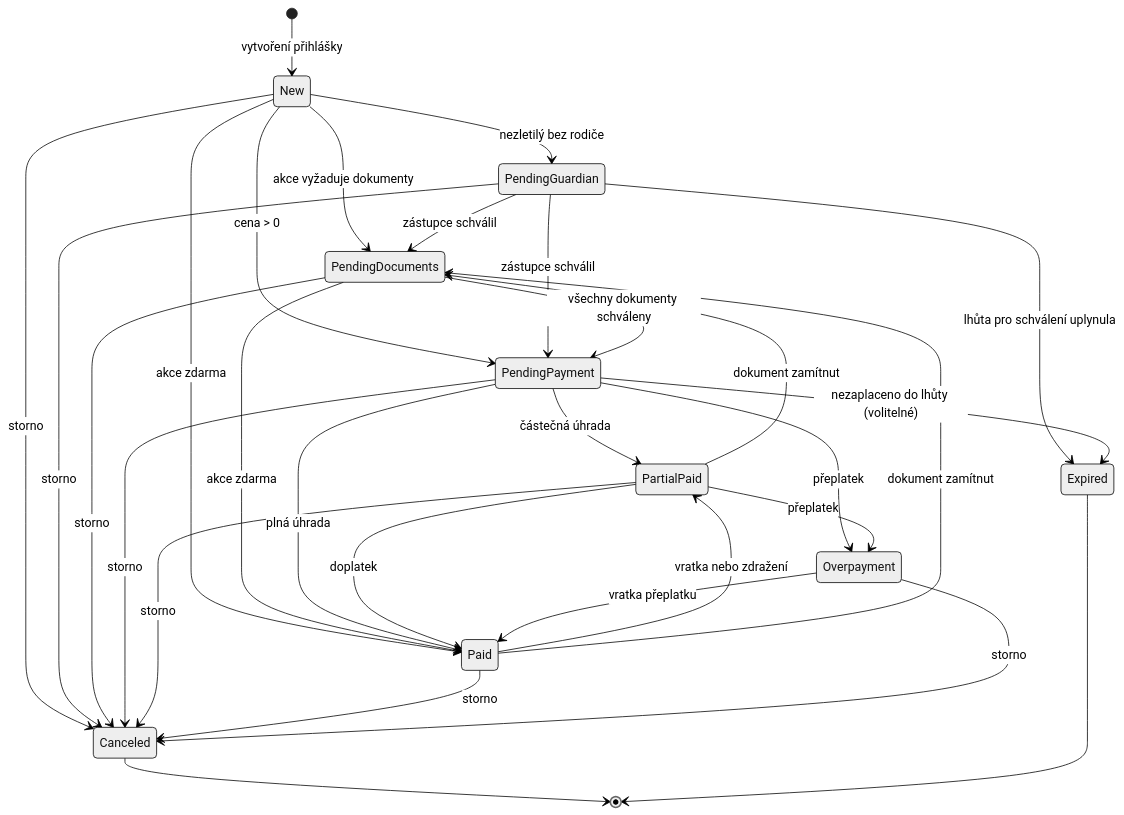
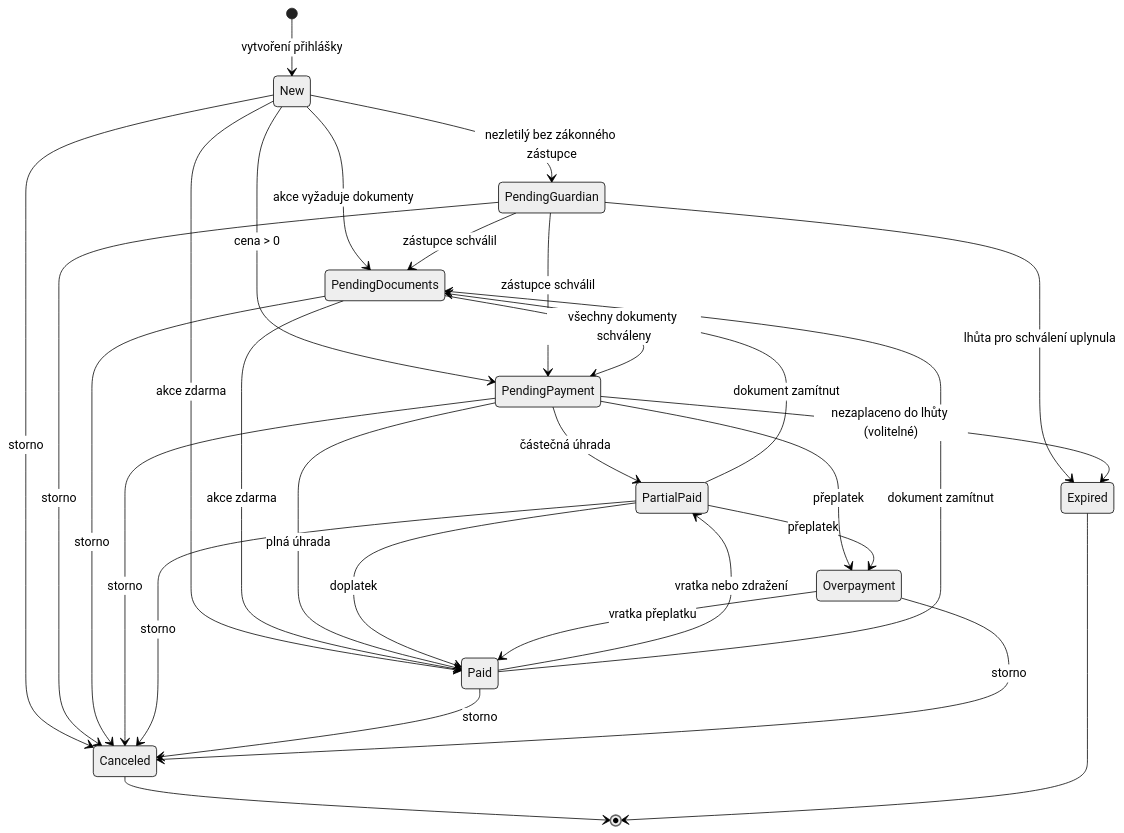
Before and after one commit to jendamozna/du-doc: the diagram in docs/registration-lifecycle.md, drawn with Mermaid (neutral theme). The commit also changed other lines of this file and 11 other files, not shown here.

````diff
--- a/docs/registration-lifecycle.md
+++ b/docs/registration-lifecycle.md
@@ -44,40 +44,40 @@
 ```mermaid
 stateDiagram-v2
     [*] --> New : vytvoření přihlášky
 
-    New --> PendingGuardian : nezletilý bez rodiče
+    New --> PendingGuardian : nezletilý bez zákonného zástupce
     New --> PendingDocuments : akce vyžaduje dokumenty
     New --> PendingPayment : cena > 0
     New --> Paid : akce zdarma
 
     PendingGuardian --> PendingDocuments : zástupce schválil
     PendingGuardian --> PendingPayment : zástupce schválil
     PendingGuardian --> Expired : lhůta pro schválení uplynula
 
     PendingDocuments --> PendingPayment : všechny dokumenty schváleny
     PendingDocuments --> Paid : akce zdarma
 
     PendingPayment --> PartialPaid : částečná úhrada
     PendingPayment --> Paid : plná úhrada
     PendingPayment --> Overpayment : přeplatek
     PartialPaid --> Paid : doplatek
     PartialPaid --> Overpayment : přeplatek
     Paid --> PartialPaid : vratka nebo zdražení
     Overpayment --> Paid : vratka přeplatku
 
     Paid --> PendingDocuments : dokument zamítnut
     PartialPaid --> PendingDocuments : dokument zamítnut
 
     New --> Canceled : storno
     PendingGuardian --> Canceled : storno
     PendingDocuments --> Canceled : storno
     PendingPayment --> Canceled : storno
     PartialPaid --> Canceled : storno
     Paid --> Canceled : storno
     Overpayment --> Canceled : storno
 
     PendingPayment --> Expired : nezaplaceno do lhůty (volitelné)
 
     Canceled --> [*]
     Expired --> [*]
 ```
````
